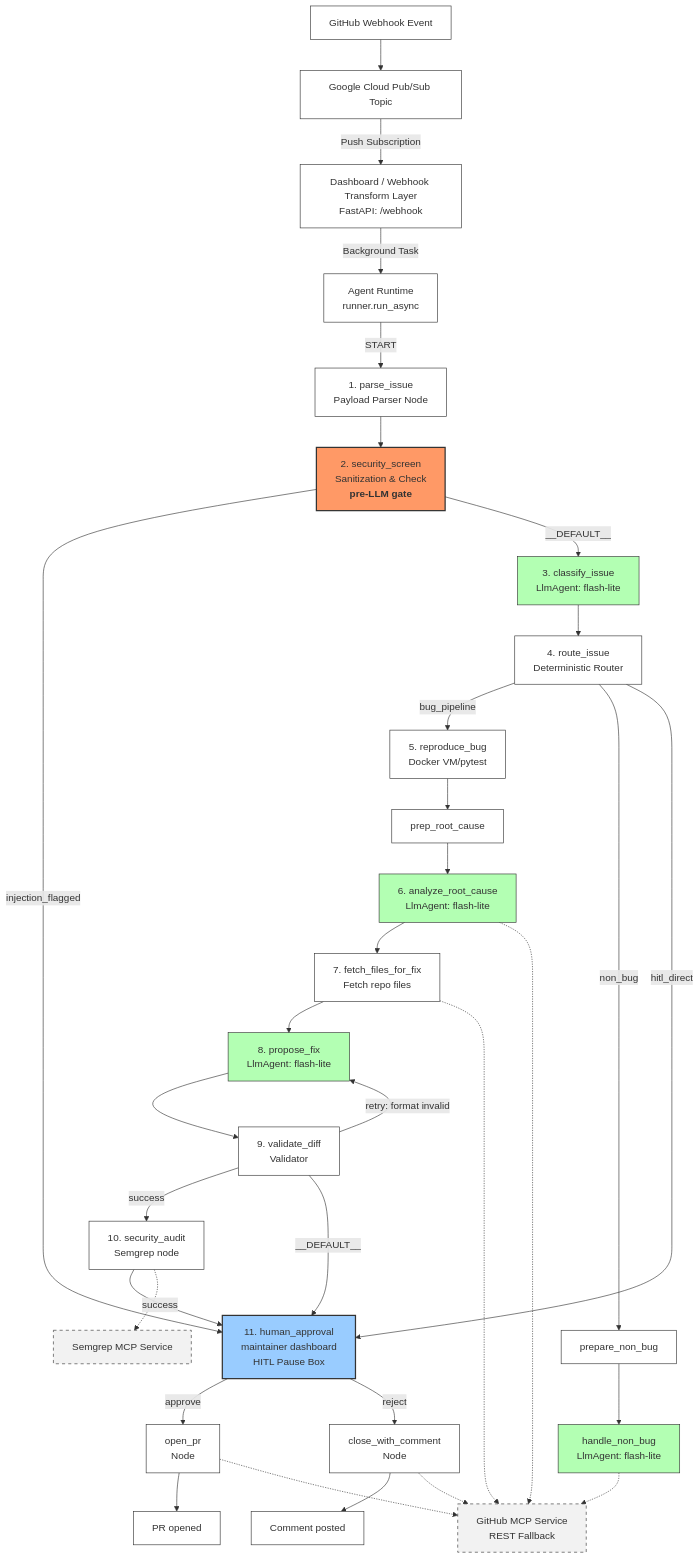
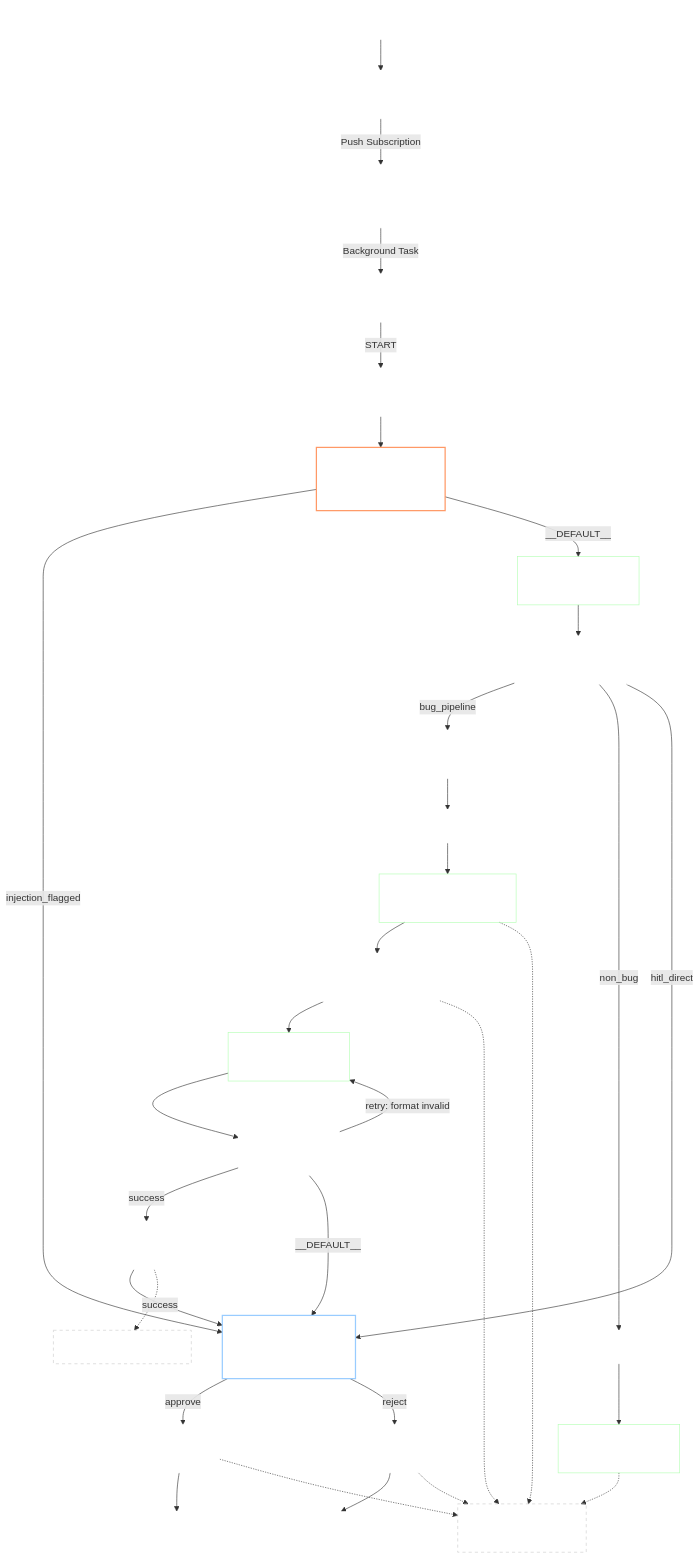
One commit to Rihito2106/autopatch changed the diagram in docs/architecture.mmd. Above: the diagram before and after it, drawn with Mermaid. The commit also changed 1 other file, not shown here.

Commit message:
docs: architecture diagram

```diff
--- a/docs/architecture.mmd
+++ b/docs/architecture.mmd
@@ -1,88 +1,88 @@
 flowchart TD
     %% Define Styles & Classes
-    classDef preLlmGate fill:#ff9966,stroke:#333,stroke-width:2px;
-    classDef hitl fill:#99ccff,stroke:#333,stroke-width:2px;
-    classDef llmAgent fill:#b3ffb3,stroke:#333,stroke-width:1px;
-    classDef external fill:#f2f2f2,stroke:#333,stroke-width:1px,stroke-dasharray: 5 5;
-    classDef normalNode fill:#ffffff,stroke:#333,stroke-width:1px;
+    classDef preLlmGate fill:none,color:#fff,stroke:#ff9966,stroke-width:2px;
+    classDef hitl fill:none,color:#fff,stroke:#99ccff,stroke-width:2px;
+    classDef llmAgent fill:none,color:#fff,stroke:#b3ffb3,stroke-width:1px;
+    classDef external fill:none,color:#fff,stroke:#cccccc,stroke-width:1px,stroke-dasharray: 5 5;
+    classDef normalNode fill:none,color:#fff,stroke:#ffffff,stroke-width:1px;
 
     %% Nodes definition
     webhook[GitHub Webhook Event]:::normalNode
     pubsub[Google Cloud Pub/Sub Topic]:::normalNode
     transform[Dashboard / Webhook Transform Layer<br>FastAPI: /webhook]:::normalNode
     runtime[Agent Runtime<br>runner.run_async]:::normalNode
 
     node1[1. parse_issue<br>Payload Parser Node]:::normalNode
     node2[2. security_screen<br>Sanitization & Check<br><b>pre-LLM gate</b>]:::preLlmGate
     node3[3. classify_issue<br>LlmAgent: flash-lite]:::llmAgent
     node4[4. route_issue<br>Deterministic Router]:::normalNode
     node5[5. reproduce_bug<br>Docker VM/pytest]:::normalNode
 
     prep_root_cause[prep_root_cause]:::normalNode
     node6[6. analyze_root_cause<br>LlmAgent: flash-lite]:::llmAgent
     node7[7. fetch_files_for_fix<br>Fetch repo files]:::normalNode
     node8[8. propose_fix<br>LlmAgent: flash-lite]:::llmAgent
     node9[9. validate_diff<br>Validator]:::normalNode
     node10[10. security_audit<br>Semgrep node]:::normalNode
 
     node11[11. human_approval<br>maintainer dashboard<br>HITL Pause Box]:::hitl
 
     prep_non_bug[prepare_non_bug]:::normalNode
     handle_non_bug[handle_non_bug<br>LlmAgent: flash-lite]:::llmAgent
 
     open_pr[open_pr<br>Node]:::normalNode
     close_comment[close_with_comment<br>Node]:::normalNode
 
     output_pr[PR opened]:::normalNode
     output_comment[Comment posted]:::normalNode
 
     %% External Services
     github_mcp[GitHub MCP Service<br>REST Fallback]:::external
     semgrep_mcp[Semgrep MCP Service]:::external
 
     %% Flow/Connections
     webhook --> pubsub
     pubsub -- "Push Subscription" --> transform
     transform -- "Background Task" --> runtime
     runtime -- "START" --> node1
     node1 --> node2
 
     %% Pre-LLM Gate logic
     node2 -- "injection_flagged" --> node11
     node2 -- "__DEFAULT__" --> node3
 
     node3 --> node4
 
     node4 -- "bug_pipeline" --> node5
     node4 -- "non_bug" --> prep_non_bug
     node4 -- "hitl_direct" --> node11
 
     node5 --> prep_root_cause
     prep_root_cause --> node6
     node6 --> node7
     node7 --> node8
     node8 --> node9
 
     node9 -- "retry: format invalid" --> node8
     node9 -- "success" --> node10
     node9 -- "__DEFAULT__" --> node11
 
     node10 -- "success" --> node11
 
     %% Non-bug path
     prep_non_bug --> handle_non_bug
 
     %% HITL choices
     node11 -- "approve" --> open_pr
     node11 -- "reject" --> close_comment
 
     open_pr --> output_pr
     close_comment --> output_comment
 
     %% External service interactions
     node6 -.-> github_mcp
     handle_non_bug -.-> github_mcp
     node7 -.-> github_mcp
     node10 -.-> semgrep_mcp
     open_pr -.-> github_mcp
     close_comment -.-> github_mcp
```
